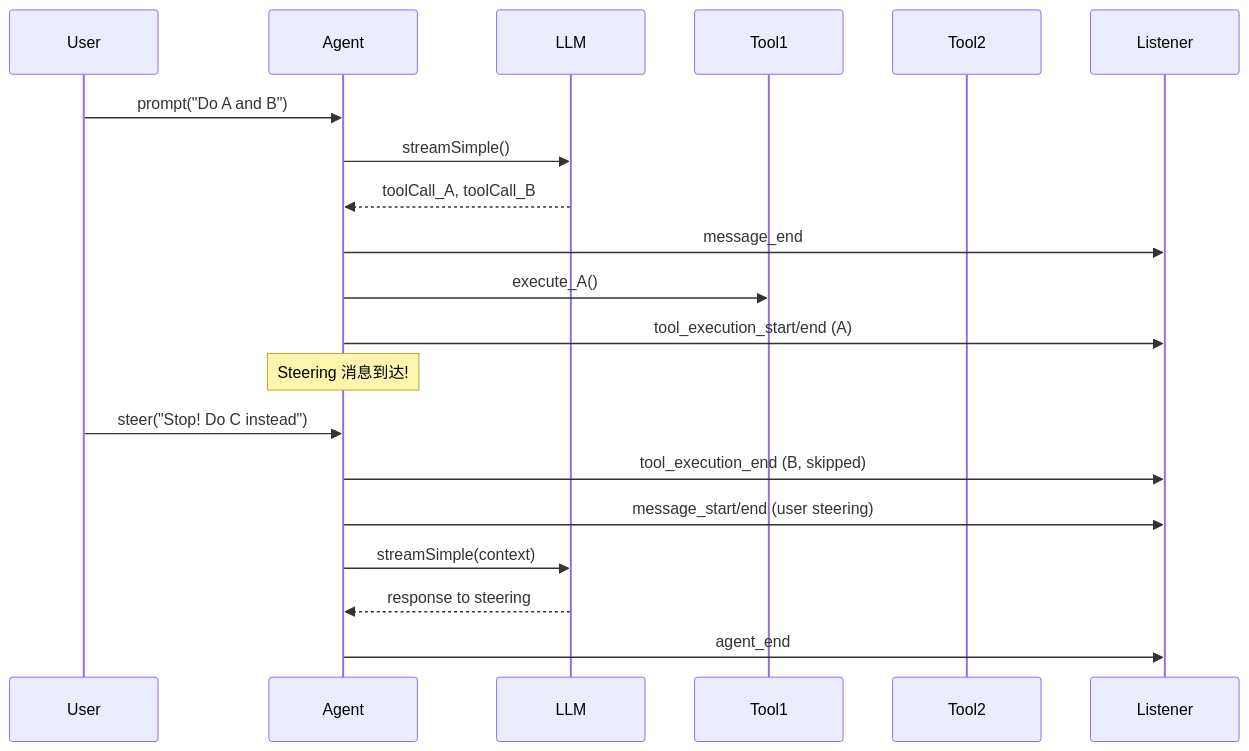
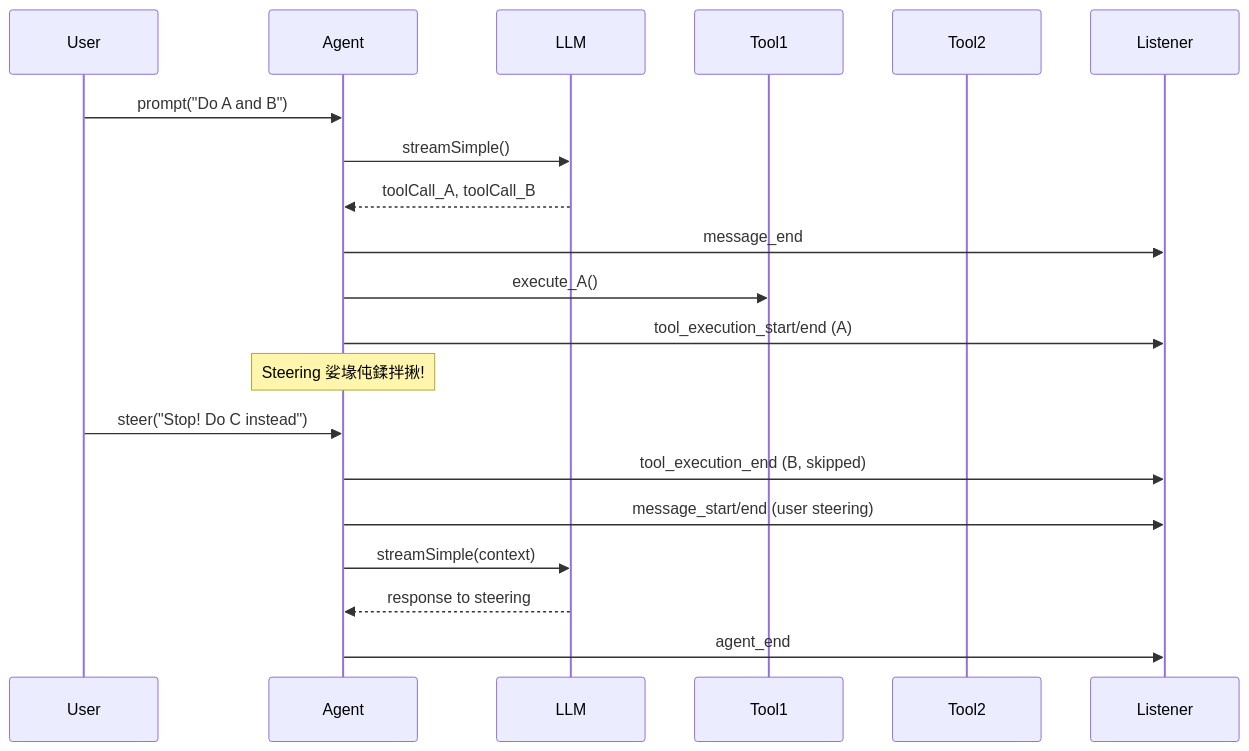
The fourth of 4 diagrams in _posts/2026-03-05-pi-monorepo-technical-analysis.md (jovialchen/taomu), drawn with Mermaid before and after one commit. The commit also changed other lines of this file and 19 other files, not shown here.

```diff
--- a/_posts/2026-03-05-pi-monorepo-technical-analysis.md
+++ b/_posts/2026-03-05-pi-monorepo-technical-analysis.md
@@ -304,25 +281,25 @@
 <pre class="mermaid">
 sequenceDiagram
     participant User
     participant Agent
     participant LLM
     participant Tool1
     participant Tool2
     participant Listener
 
     User->>Agent: prompt("Do A and B")
     Agent->>LLM: streamSimple()
     LLM-->>Agent: toolCall_A, toolCall_B
     Agent->>Listener: message_end
     Agent->>Tool1: execute_A()
     Agent->>Listener: tool_execution_start/end (A)
 
-    Note over Agent: Steering 消息到达!
+    Note over Agent: Steering 娑堟伅鍒拌揪!
     User->>Agent: steer("Stop! Do C instead")
 
     Agent->>Listener: tool_execution_end (B, skipped)
     Agent->>Listener: message_start/end (user steering)
     Agent->>LLM: streamSimple(context)
     LLM-->>Agent: response to steering
     Agent->>Listener: agent_end
 </pre>
```
